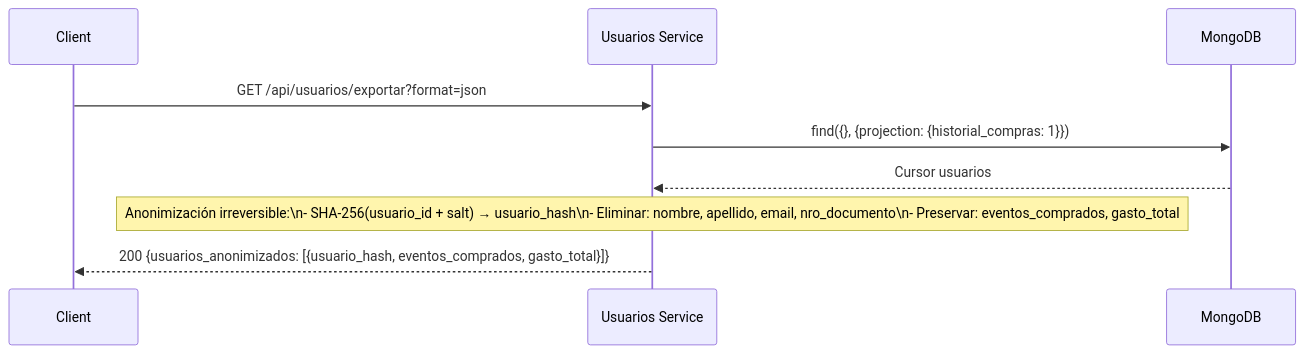
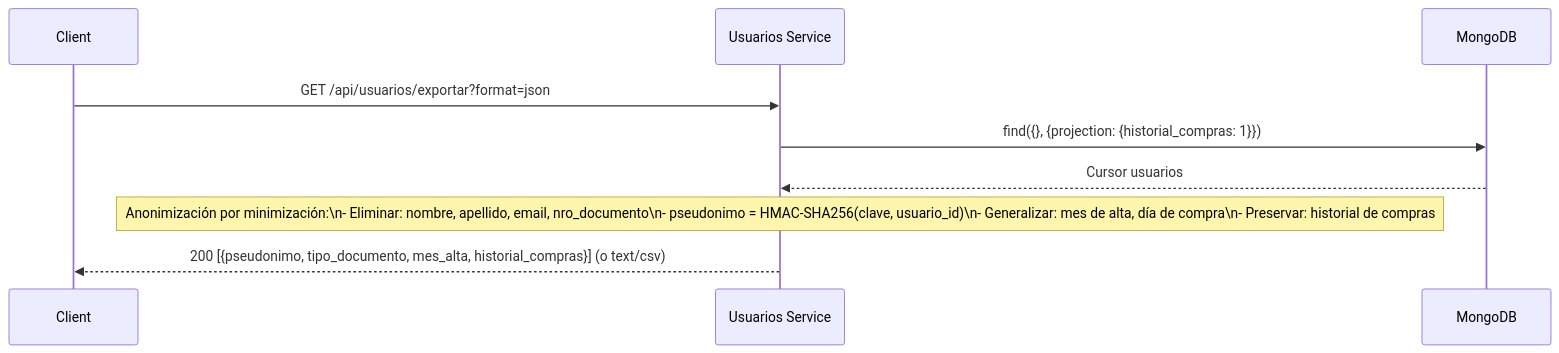
One commit to fmq203/FQ-NoSQL-2026 changed the fourth of 5 diagrams in TAREA 2/brain/architecture/data-flow.md. Above: the diagram before and after it, drawn with Mermaid. The commit also changed 7 other files, not shown here.

````diff
--- a/TAREA 2/brain/architecture/data-flow.md
+++ b/TAREA 2/brain/architecture/data-flow.md
@@ -84,14 +84,14 @@
 ```mermaid
 sequenceDiagram
     participant Client
     participant US as Usuarios Service
     participant MongoDB
 
     Client->>US: GET /api/usuarios/exportar?format=json
     US->>MongoDB: find({}, {projection: {historial_compras: 1}})
     MongoDB-->>US: Cursor usuarios
     
-    Note over US: Anonimización irreversible:\n- SHA-256(usuario_id + salt) → usuario_hash\n- Eliminar: nombre, apellido, email, nro_documento\n- Preservar: eventos_comprados, gasto_total
-    
-    US-->>Client: 200 {usuarios_anonimizados: [{usuario_hash, eventos_comprados, gasto_total}]}
+    Note over US: Anonimización por minimización:\n- Eliminar: nombre, apellido, email, nro_documento\n- pseudonimo = HMAC-SHA256(clave, usuario_id)\n- Generalizar: mes de alta, día de compra\n- Preservar: historial de compras
+
+    US-->>Client: 200 [{pseudonimo, tipo_documento, mes_alta, historial_compras}]  (o text/csv)
 ```
````
